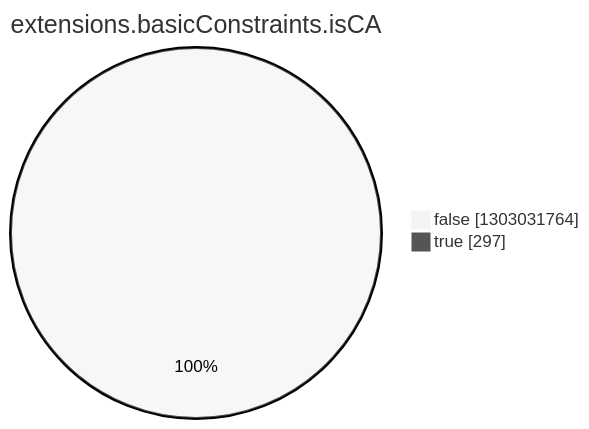
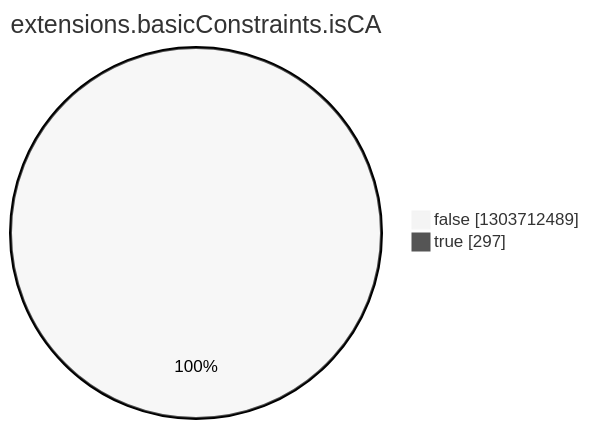
The eighth of 15 diagrams in argon2022/README.md (christiankrug/ctmonitor_visualization), drawn with Mermaid (neutral theme) before and after one commit. The commit also changed other lines of this file, not shown here.

````diff
--- a/argon2022/README.md
+++ b/argon2022/README.md
@@ -2757,6 +2757,6 @@
 ```mermaid
 pie showData
 title extensions.basicConstraints.isCA
-"false" :1303031764
+"false" :1303712489
 "true" :297
 ```
````
